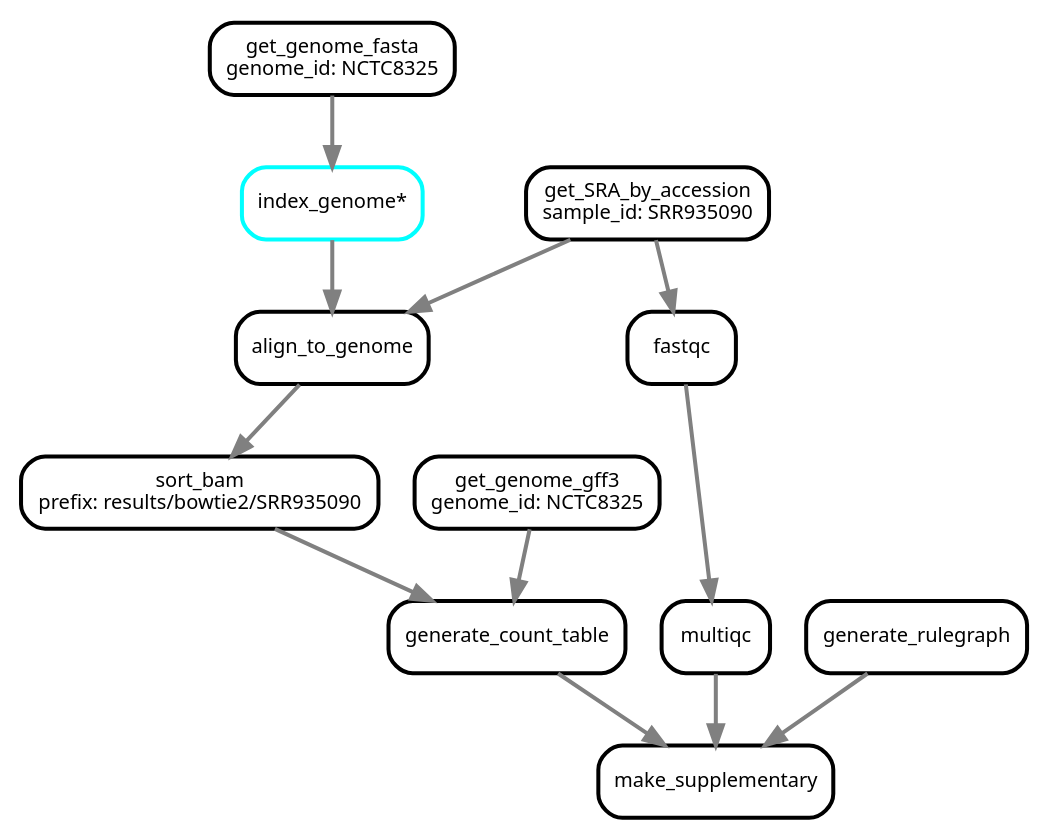
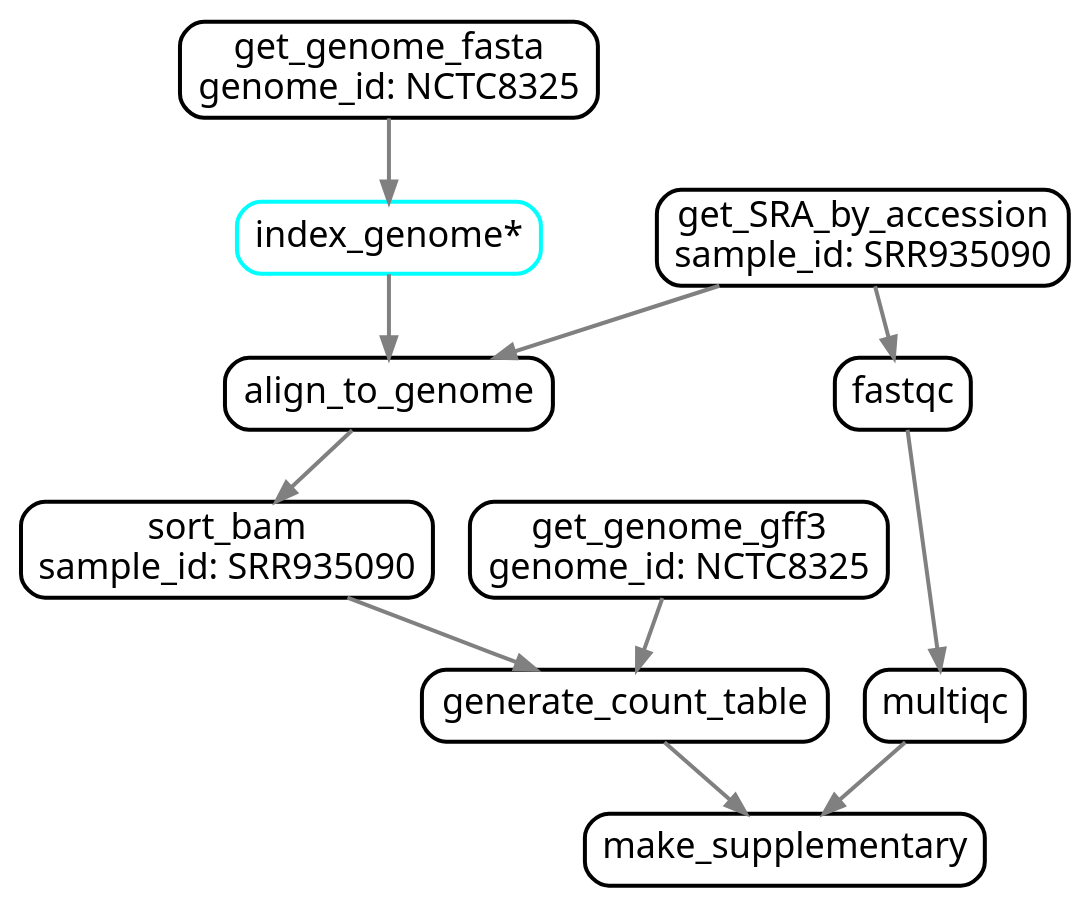
Before and after one commit to NBISweden/workshop-reproducible-research: the tenth of 11 diagrams in lectures/snakemake/snakemake.qmd, drawn with Graphviz. The commit also changed other lines of this file, not shown here.

````diff
--- a/lectures/snakemake/snakemake.qmd
+++ b/lectures/snakemake/snakemake.qmd
@@ -623,29 +651,27 @@
 ```{dot}
 digraph snakemake_dag {
     graph[bgcolor=white, margin=1];
-    node[shape=box, style=rounded, fontname=sans,                 fontsize=10, penwidth=2];
+    node[shape=box, style=rounded, fontname=sans,                 fontsize=18, penwidth=2];
     edge[penwidth=2, color=grey];
         0[label = "make_supplementary", color = "black", style="rounded"];
         1[label = "generate_count_table", color = "black", style="rounded"];
-        2[label = "sort_bam\nprefix: results/bowtie2/SRR935090", color = "black", style="rounded"];
+        2[label = "sort_bam\nsample_id: SRR935090", color = "black", style="rounded"];
         3[label = "align_to_genome", color = "black", style="rounded"];
         4[label = "get_SRA_by_accession\nsample_id: SRR935090", color = "black", style="rounded"];
         5[label = "index_genome*", color = "cyan", style="rounded"];
         6[label = "get_genome_fasta\ngenome_id: NCTC8325", color = "black", style="rounded"];
         7[label = "get_genome_gff3\ngenome_id: NCTC8325", color = "black", style="rounded"];
         8[label = "multiqc", color = "black", style="rounded"];
         9[label = "fastqc", color = "black", style="rounded"];
-        10[label = "generate_rulegraph", color = "black", style="rounded"];
         1 -> 0
         8 -> 0
-        10 -> 0
         2 -> 1
         7 -> 1
         3 -> 2
         4 -> 3
         5 -> 3
         6 -> 5
         9 -> 8
         4 -> 9
 }
 ```
````
